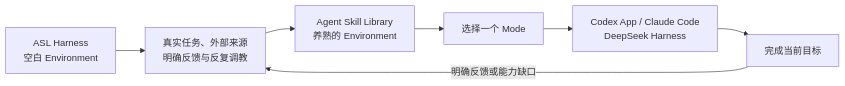
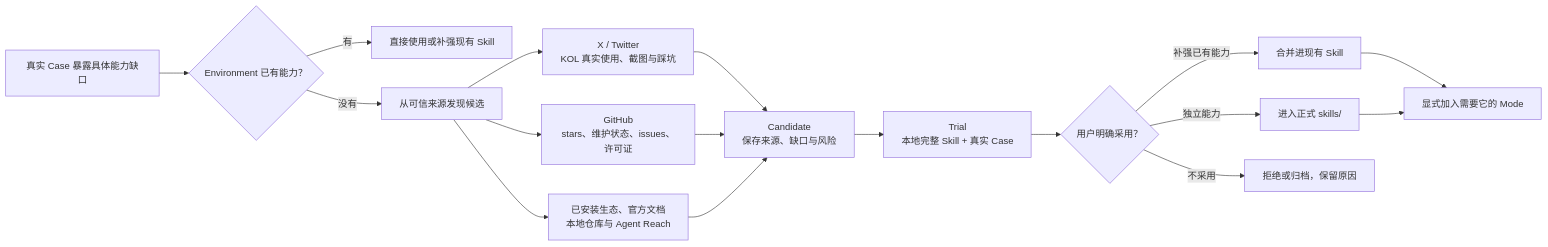
One commit to qihangzhang-272/agent-skill-library changed the second of 2 diagrams in README.md. Above: the diagram before and after it, drawn with Mermaid. The commit also changed other lines of this file, not shown here.

Commit message:
2026-08-30 11:28｜重写 README 并区分 Harness 系统机制与业务 Mode

````diff
--- a/README.md
+++ b/README.md
@@ -31,9 +210,19 @@
 ```mermaid
 flowchart LR
-    BLANK["ASL Harness<br/>空白 Environment"] --> CULTIVATE["真实任务、外部来源<br/>明确反馈与反复调教"]
-    CULTIVATE --> LIBRARY["Agent Skill Library<br/>养熟的 Environment"]
-    LIBRARY --> MODE["选择一个 Mode"]
-    MODE --> HOST["Codex App / Claude Code<br/>DeepSeek Harness"]
-    HOST --> RESULT["完成当前目标"]
-    RESULT -->|明确反馈或能力缺口| CULTIVATE
+    GAP["真实 Case 暴露具体能力缺口"] --> LOCAL{"Environment 已有能力？"}
+    LOCAL -->|有| USE["直接使用或补强现有 Skill"]
+    LOCAL -->|没有| DISCOVER["从可信来源发现候选"]
+    DISCOVER --> X["X / Twitter<br/>KOL 真实使用、截图与踩坑"]
+    DISCOVER --> GH["GitHub<br/>stars、维护状态、issues、许可证"]
+    DISCOVER --> ECO["已安装生态、官方文档<br/>本地仓库与 Agent Reach"]
+    X --> CANDIDATE["Candidate<br/>保存来源、缺口与风险"]
+    GH --> CANDIDATE
+    ECO --> CANDIDATE
+    CANDIDATE --> TRIAL["Trial<br/>本地完整 Skill + 真实 Case"]
+    TRIAL --> DECIDE{"用户明确采用？"}
+    DECIDE -->|补强已有能力| MERGE["合并进现有 Skill"]
+    DECIDE -->|独立能力| FORMAL["进入正式 skills/"]
+    DECIDE -->|不采用| ARCHIVE["拒绝或归档，保留原因"]
+    MERGE --> MODE["显式加入需要它的 Mode"]
+    FORMAL --> MODE
 ```
````
